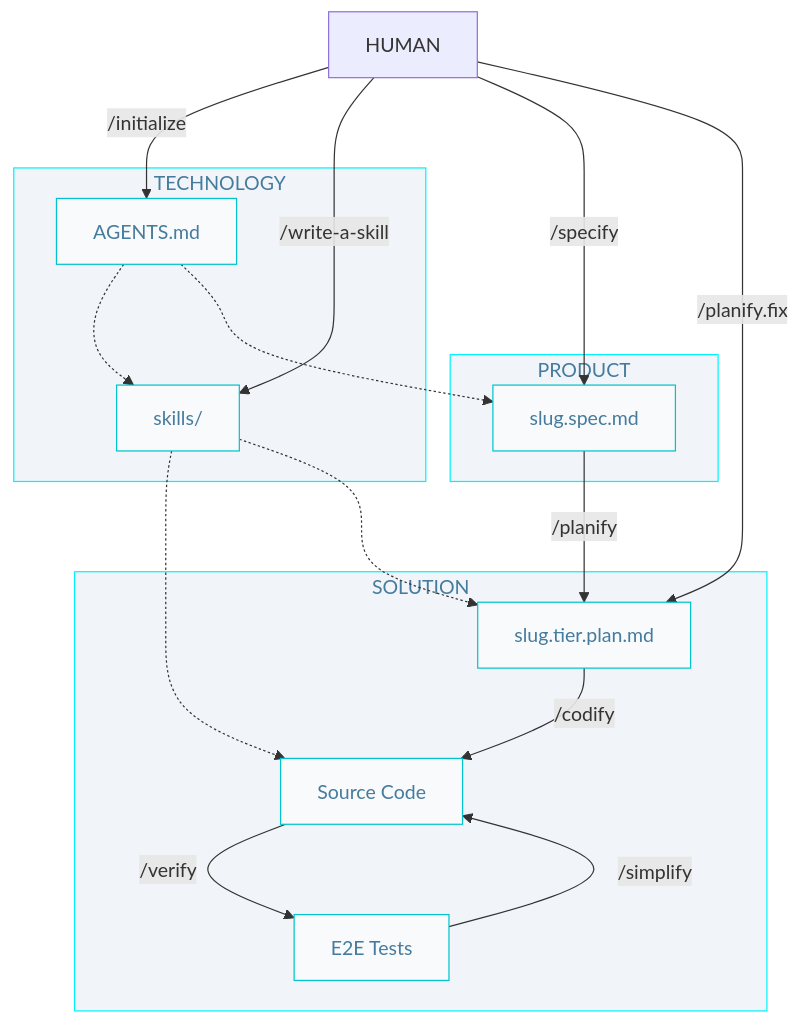
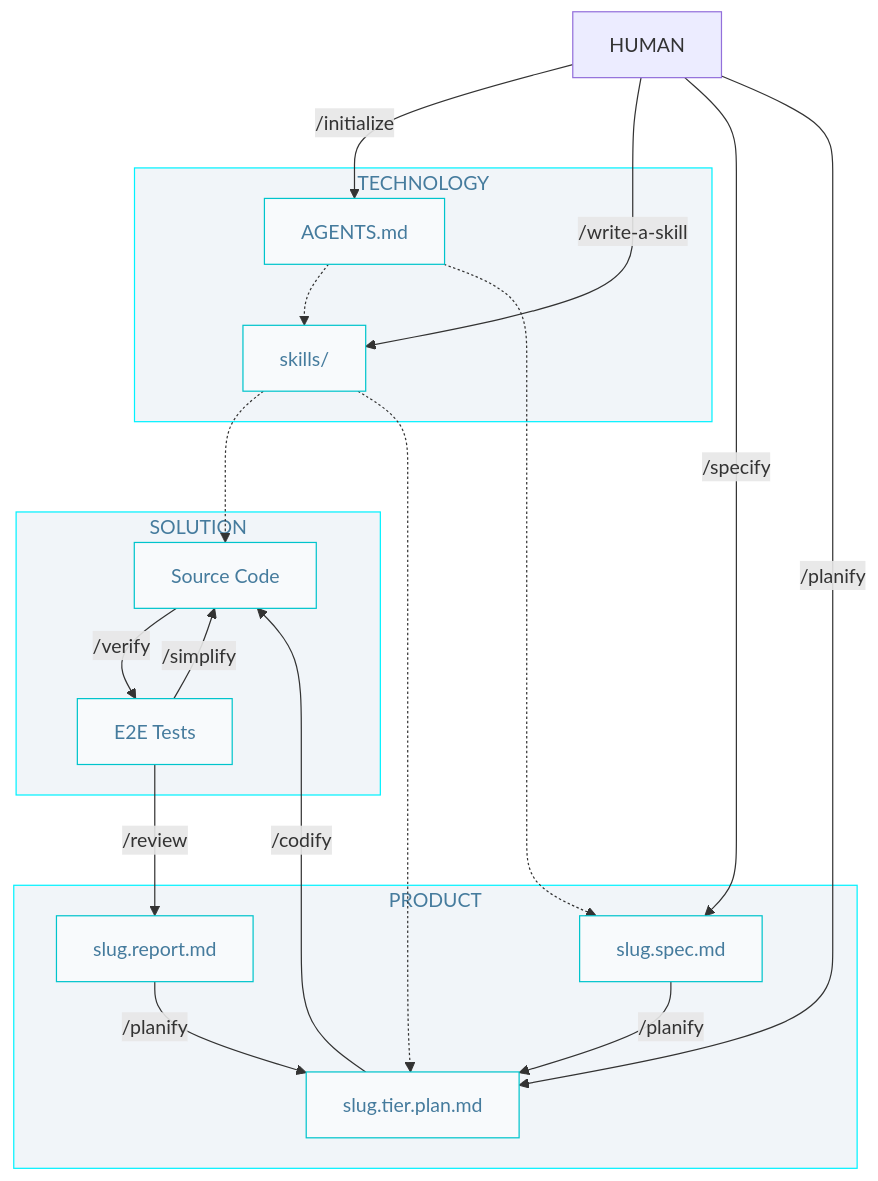
Before and after one commit to AlbertoBasaloLabs/programacion-inteligente: the diagram in docs/4-0-0-verificar_y_mejorar/demo/4-sdd.diagram.md, drawn with Mermaid. The commit also changed other lines of this file and 52 other files, not shown here.

````diff
--- a/docs/4-0-0-verificar_y_mejorar/demo/4-sdd.diagram.md
+++ b/docs/4-0-0-verificar_y_mejorar/demo/4-sdd.diagram.md
@@ -4,37 +4,40 @@
 ```mermaid
 flowchart TD
   classDef nd fill:#f8fafc,stroke:#00c4cc,color:#457b9d
   classDef sg fill:#f1f5f9,stroke:#00f2ff,color:#457b9d 
 
   HUM[HUMAN]
 
   subgraph P["PRODUCT"]
       SPC["slug.spec.md"]:::nd
+      PLN["slug.tier.plan.md"]:::nd
+      RPT["slug.report.md"]:::nd
   end
 
   subgraph T["TECHNOLOGY"]
       AGT["AGENTS.md"]:::nd
       SKL["skills/"]:::nd
   end  
 
   subgraph S["SOLUTION"]
-      PLN["slug.tier.plan.md"]:::nd
       COD[Source Code]:::nd
       E2E["E2E Tests"]:::nd
   end
 
   HUM -->|/initialize| AGT
   HUM -->|/write-a-skill| SKL
   HUM -->|/specify| SPC
-  HUM -->|/planify.fix| PLN
+  HUM -->|/planify| PLN
+  RPT -->|/planify| PLN
   AGT -.-> SKL
-  AGT -.-> SPC
+  AGT -.-> SPC  
   SKL -.-> COD  
   SKL -.-> PLN
   SPC -->|/planify| PLN
   PLN -->|/codify| COD
   COD -->|/verify| E2E
   E2E -->|/simplify| COD
+  E2E -->|/review| RPT
 
   class P,T,S sg
 ```
````
